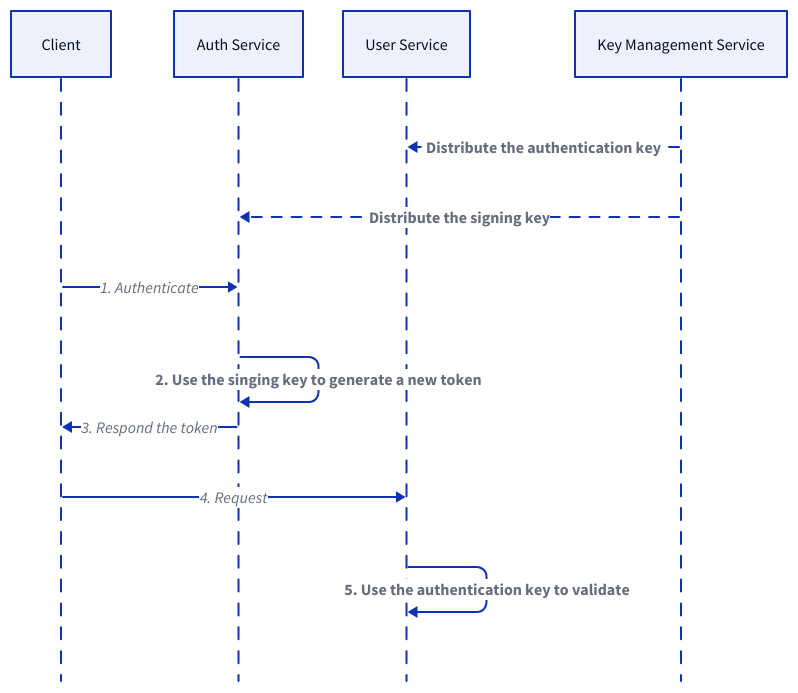
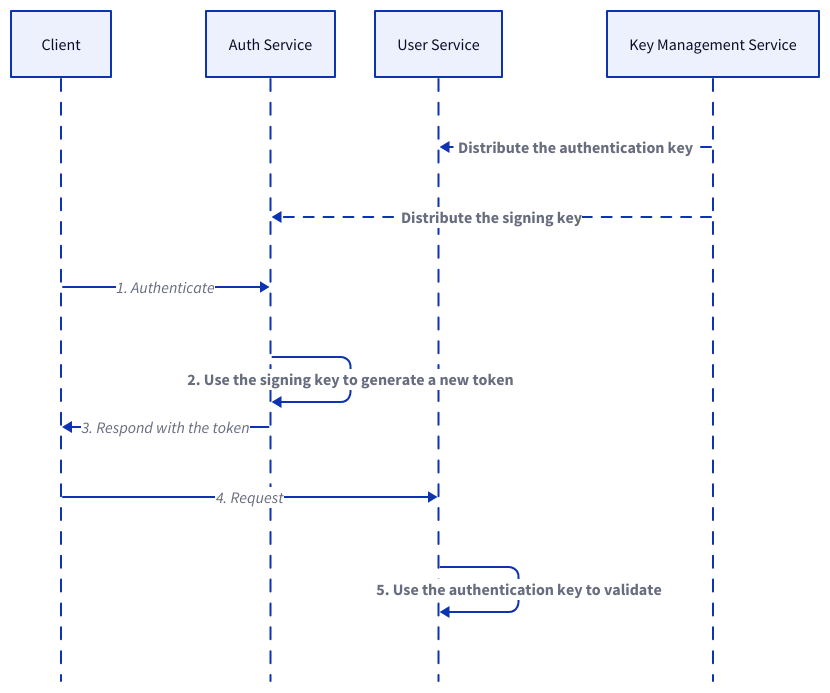
Before and after one commit to link1905/system-design-101: the sixth of 26 diagrams in content/docs/system-administration/system-protection/iam.md, drawn with D2. The commit also changed other lines of this file, not shown here.

````diff
--- a/content/docs/system-administration/system-protection/iam.md
+++ b/content/docs/system-administration/system-protection/iam.md
@@ -225,32 +250,34 @@
 ```d2
 shape: sequence_diagram
+
 c: Client {
     class: client
 }
 a: Auth Service {
     class: server
 }
 o: User Service {
     class: server
 }
 k: Key Management Service {
     class: kms
 }
+
 k -> o: Distribute the authentication key {
     style.animated: true
     style.bold: true
 }
 k -> a: Distribute the signing key {
     style.animated: true
     style.bold: true
 }
 c -> a: 1. Authenticate
-a -> a: 2. Use the singing key to generate a new token {
+a -> a: 2. Use the signing key to generate a new token {
     style.bold: true
 }
-a -> c: 3. Respond the token
+a -> c: 3. Respond with the token
 c -> o: 4. Request
 o -> o: 5. Use the authentication key to validate {
     style.bold: true
 }
 ```
````
